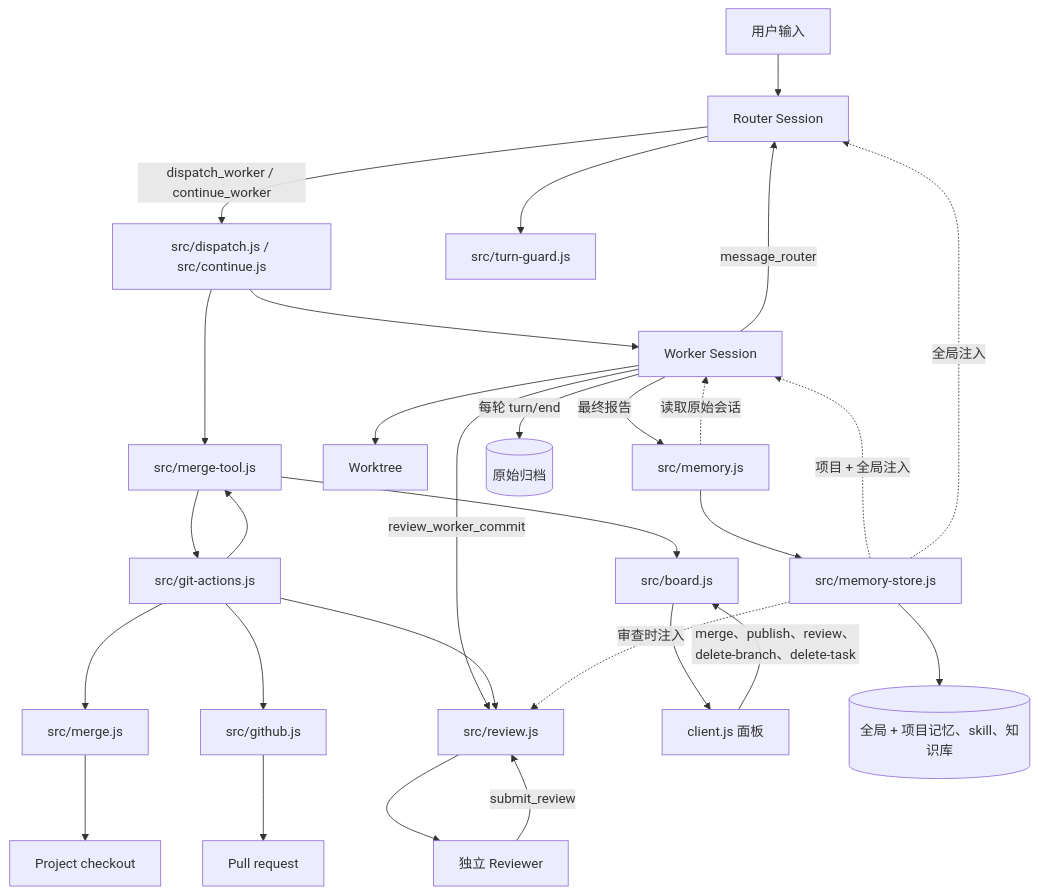
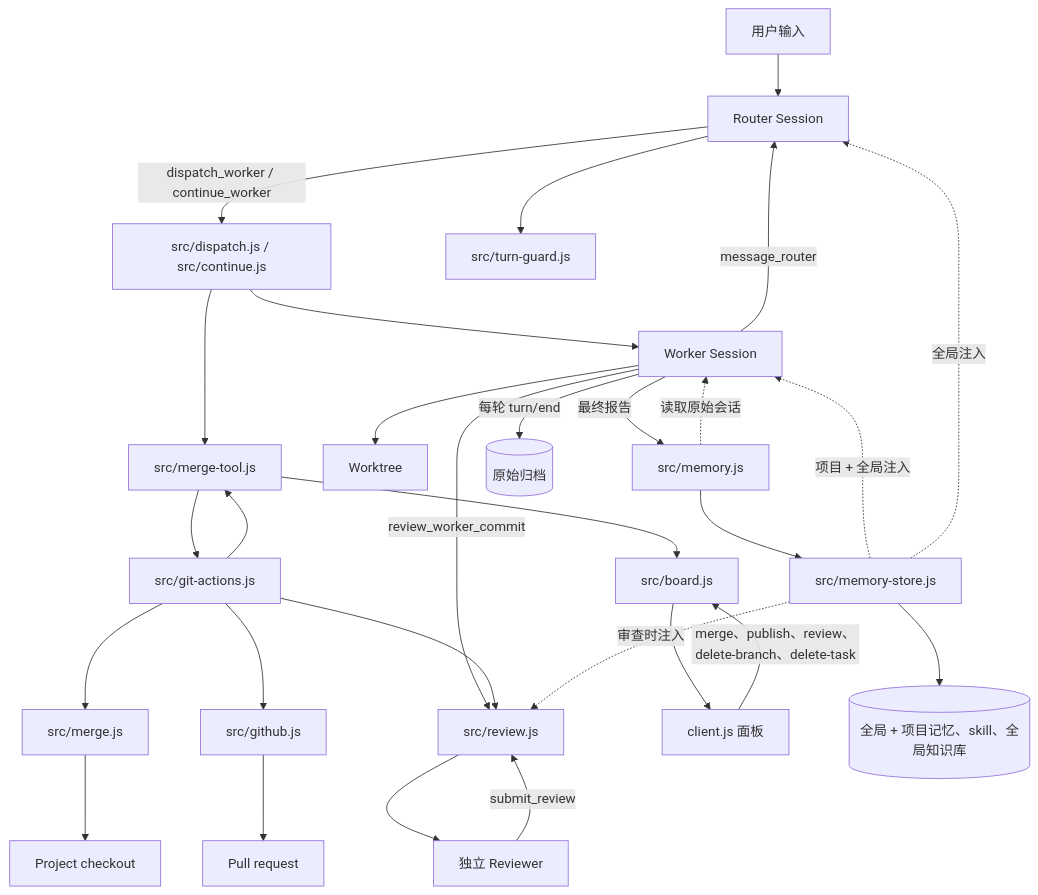
Before and after one commit to LMQ00/superagent-lite: the diagram in docs/007-architecture.md, drawn with Mermaid. The commit also changed other lines of this file and 23 other files, not shown here.

````diff
--- a/docs/007-architecture.md
+++ b/docs/007-architecture.md
@@ -9,31 +9,31 @@
 ```mermaid
 flowchart TB
   U[用户输入] --> R[Router Session]
   R -->|dispatch_worker / continue_worker| D[src/dispatch.js / src/continue.js]
   D --> T[(Task 记录)]
   D --> W[Worker Session]
   W --> WT[Worktree]
   W -->|review_worker_commit| RV[src/review.js]
   RV --> HR[独立 Reviewer]
   HR -->|submit_review| RV
   W -->|message_router| R
   T --> G[src/git-actions.js]
   G --> M[src/merge.js]
   G --> T[src/merge-tool.js]
   G --> GH[src/github.js]
   G --> RV
   M --> P[Project checkout]
   GH --> PR[Pull request]
   T --> B[src/board.js]
   B --> C[client.js 面板]
   C -->|merge、publish、review、delete-branch、delete-task| B
   R --> TG[src/turn-guard.js]
   W -->|最终报告| ME[src/memory.js]
   W -->|每轮 turn/end| AR[(原始归档)]
   ME -.->|读取原始会话| W
   ME --> MS[src/memory-store.js]
-  MS --> MF[(全局 + 项目记忆、skill、知识库)]
+  MS --> MF[(全局 + 项目记忆、skill、全局知识库)]
   MS -.->|项目 + 全局注入| W
   MS -.->|全局注入| R
   MS -.->|审查时注入| RV
 ```
````
